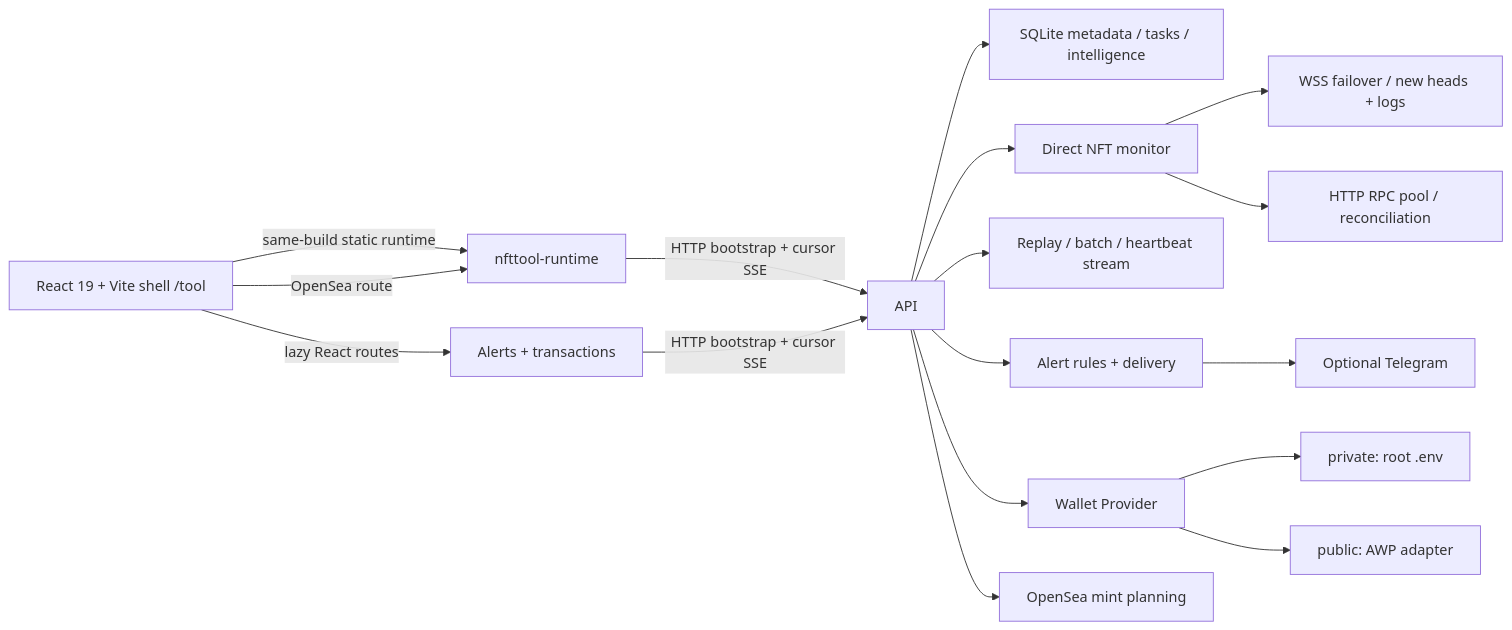
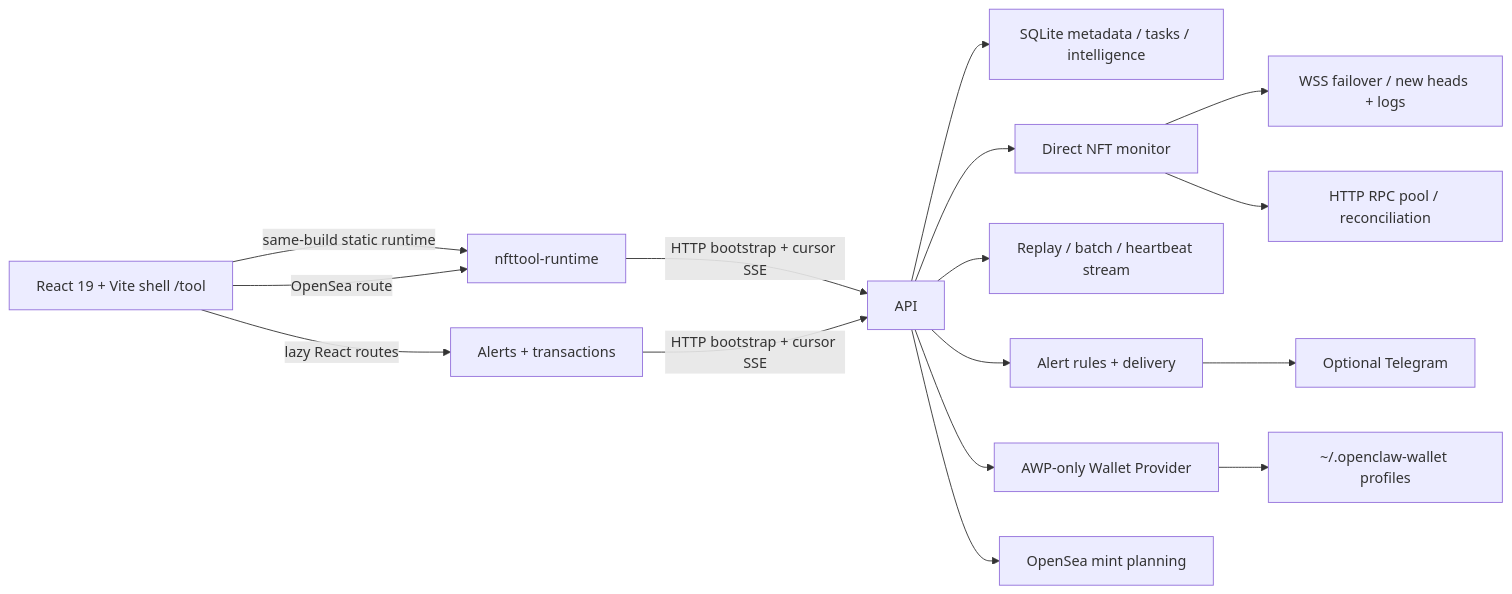
Before and after one commit to xiaobao-ops/611nft: the diagram in DESIGN.md, drawn with Mermaid. The commit also changed other lines of this file and 18 other files, not shown here.

Commit message:
refactor(wallet): enforce the public AWP boundary

````diff
--- a/DESIGN.md
+++ b/DESIGN.md
@@ -9,19 +9,18 @@
 ```mermaid
 flowchart LR
   VITE["React 19 + Vite shell /tool"] -->|"lazy React routes"| UI["Alerts + transactions"]
   VITE -->|"same-build static runtime"| RUNTIME["nfttool-runtime"]
   VITE -->|"OpenSea route"| RUNTIME
   RUNTIME -->|"HTTP bootstrap + cursor SSE"| API
   UI -->|"HTTP bootstrap + cursor SSE"| API
   API --> DB["SQLite metadata / tasks / intelligence"]
   API --> MON["Direct NFT monitor"]
   MON --> WSS["WSS failover / new heads + logs"]
   MON --> POOL["HTTP RPC pool / reconciliation"]
   API --> RT["Replay / batch / heartbeat stream"]
   API --> ALERT["Alert rules + delivery"]
   ALERT --> TG["Optional Telegram"]
-  API --> WP["Wallet Provider"]
-  WP --> LOCAL["private: root .env"]
-  WP --> AWP["public: AWP adapter"]
+  API --> WP["AWP-only Wallet Provider"]
+  WP --> AWP["~/.openclaw-wallet profiles"]
   API --> PLAN["OpenSea mint planning"]
 ```
````
